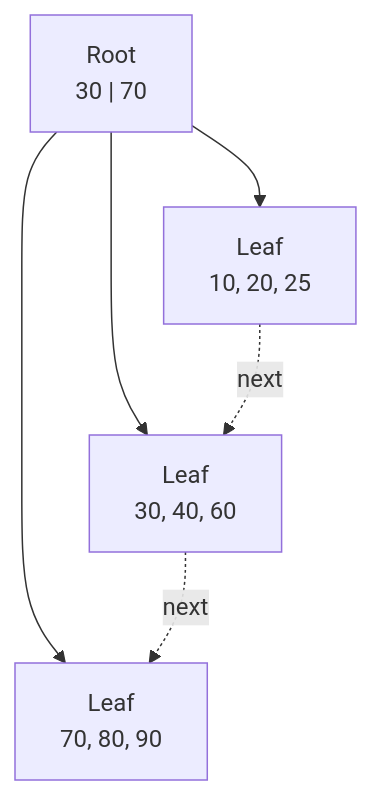
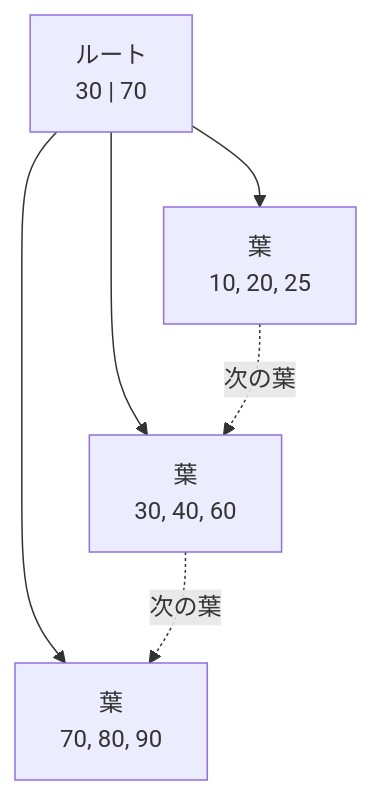
Before and after one commit to hirunebot/database-systems-book: the first of 3 diagrams in src/content/docs/02-storage/04-btree-indexes.md, drawn with Mermaid. The commit also changed other lines of this file and 42 other files, not shown here.

````diff
--- a/src/content/docs/02-storage/04-btree-indexes.md
+++ b/src/content/docs/02-storage/04-btree-indexes.md
@@ -47,12 +47,12 @@
 ```mermaid
 flowchart TB
-    Root["Root<br/>30 | 70"]
-    L1["Leaf<br/>10, 20, 25"]
-    L2["Leaf<br/>30, 40, 60"]
-    L3["Leaf<br/>70, 80, 90"]
+    Root["ルート<br/>30 | 70"]
+    L1["葉<br/>10, 20, 25"]
+    L2["葉<br/>30, 40, 60"]
+    L3["葉<br/>70, 80, 90"]
     Root --> L1
     Root --> L2
     Root --> L3
-    L1 -. next .-> L2
-    L2 -. next .-> L3
+    L1 -. 次の葉 .-> L2
+    L2 -. 次の葉 .-> L3
 ```
````
